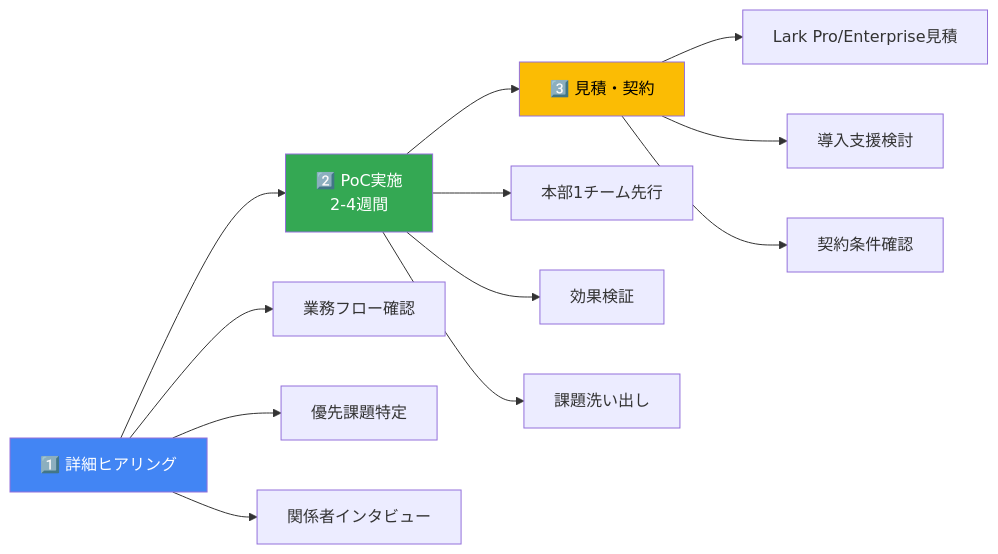
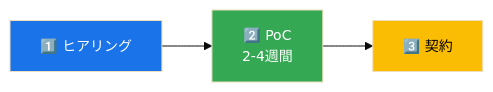
One commit to PLark-droid/lark-proposal changed diagram 14 of 15 in docs/FITPLACE_LARK_PROPOSAL.md. Above: the diagram before and after it, drawn with Mermaid. The commit also changed other lines of this file, not shown here.

First line of the commit message:
docs: optimize Mermaid diagrams for Google Docs

````diff
--- a/docs/FITPLACE_LARK_PROPOSAL.md
+++ b/docs/FITPLACE_LARK_PROPOSAL.md
@@ -588,24 +526,13 @@
 ```mermaid
+%%{init: {'theme': 'base', 'themeVariables': { 'fontSize': '14px'}}}%%
 flowchart LR
-    A["1️⃣ 詳細ヒアリング"] --> B["2️⃣ PoC実施<br/>2-4週間"] --> C["3️⃣ 見積・契約"]
+    A["1️⃣ ヒアリング"]
+    B["2️⃣ PoC\n2-4週間"]
+    C["3️⃣ 契約"]
 
-    A1["業務フロー確認"]
-    A2["優先課題特定"]
-    A3["関係者インタビュー"]
+    A --> B --> C
 
-    B1["本部1チーム先行"]
-    B2["効果検証"]
-    B3["課題洗い出し"]
-
-    C1["Lark Pro/Enterprise見積"]
-    C2["導入支援検討"]
-    C3["契約条件確認"]
-
-    A --> A1 & A2 & A3
-    B --> B1 & B2 & B3
-    C --> C1 & C2 & C3
-
-    style A fill:#4285f4,color:#fff
+    style A fill:#1a73e8,color:#fff
     style B fill:#34a853,color:#fff
     style C fill:#fbbc04,color:#000
 ```
````
